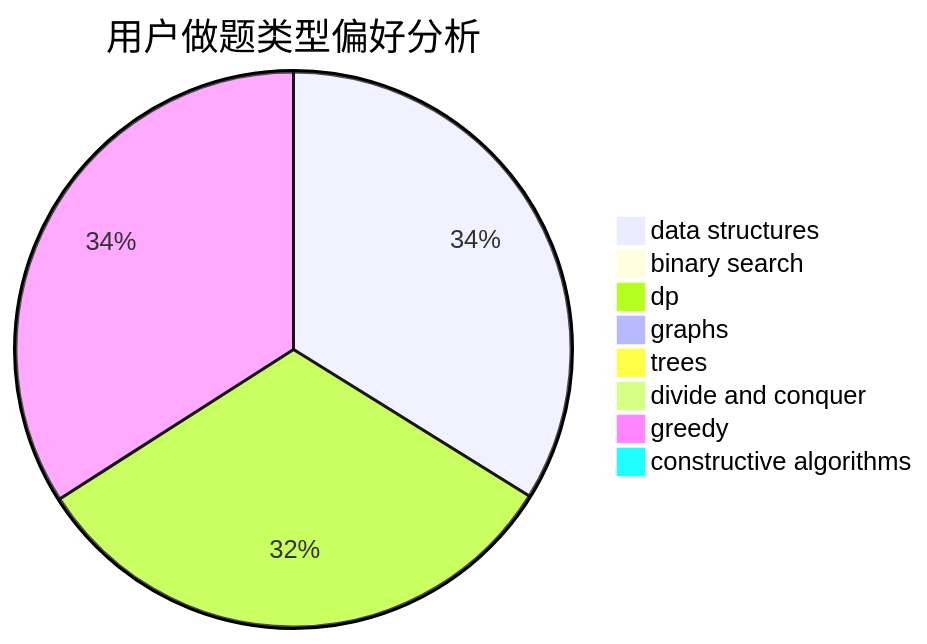
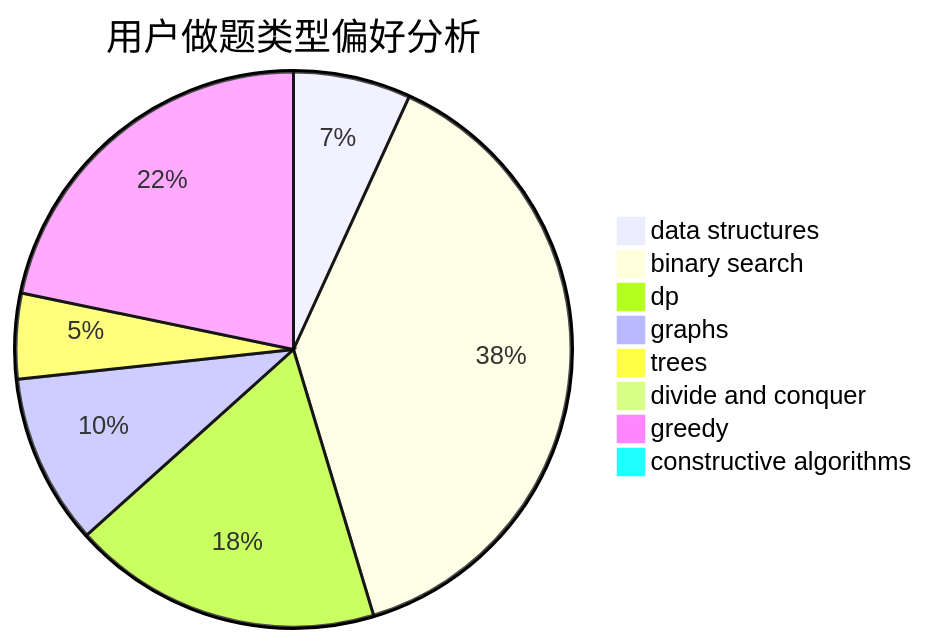
One commit to sherpahu/cfrs.github.io changed the second of 3 diagrams in docs/user/u2414.md. Above: the diagram before and after it, drawn with Mermaid. The commit also changed other lines of this file and 2770 other files, not shown here.

````diff
--- a/docs/user/u2414.md
+++ b/docs/user/u2414.md
@@ -23,11 +23,11 @@
 ```mermaid
 pie title 用户做题类型偏好分析
-    "data structures" :  347
-    "binary search" :  4
-    "dp" :  329
-    "graphs" :  3
-    "trees" :  0
+    "data structures" :  11
+    "binary search" :  62
+    "dp" :  29
+    "graphs" :  16
+    "trees" :  8
     "divide and conquer" :  0
-    "greedy" :  349
-    "constructive algorithms" :  0
+    "greedy" :  35
+    "constructive algorithms" :  1
 ```
````
